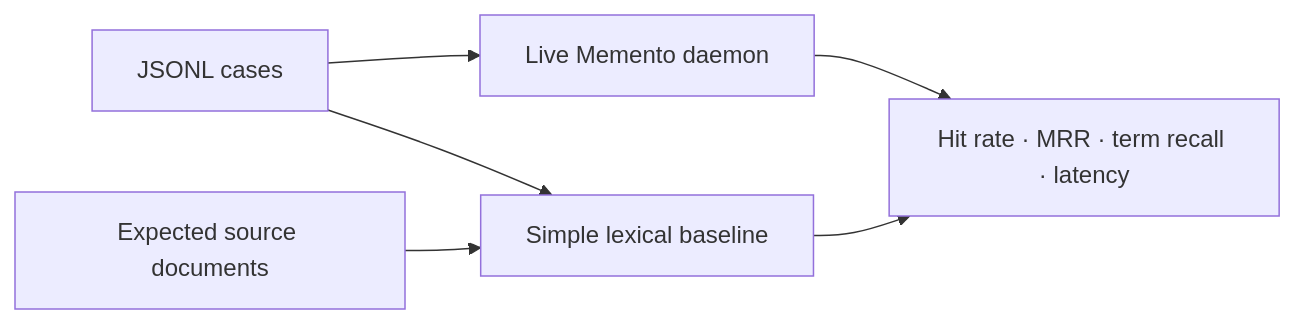
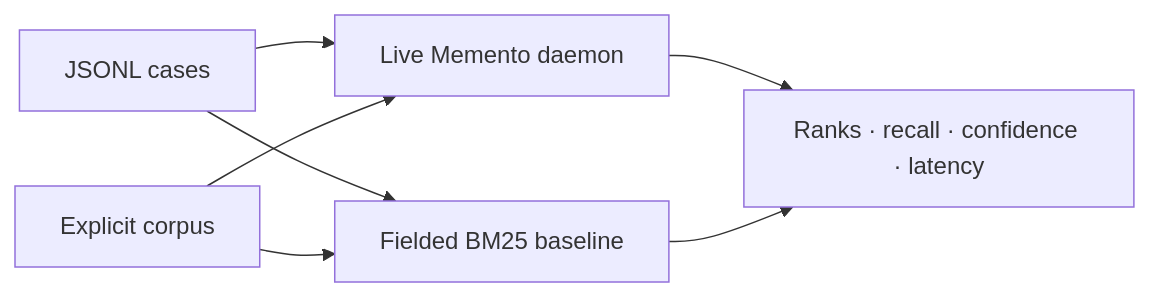
Before and after one commit to ArvorCo/memento: the diagram in docs/BENCHMARKS.md, drawn with Mermaid. The commit also changed other lines of this file and 29 other files, not shown here.

````diff
--- a/docs/BENCHMARKS.md
+++ b/docs/BENCHMARKS.md
@@ -37,11 +46,12 @@
 ```mermaid
 flowchart LR
     accTitle: Benchmark comparison design
-    accDescr: The same JSONL cases and source documents feed a live Memento daemon and a deterministic simple lexical baseline. Their source ranks, term coverage, and elapsed query times are aggregated into one report with per-case details.
+    accDescr: The same explicit corpus and JSONL cases feed a live Memento daemon and a deterministic fielded BM25 baseline. Their source ranks, term coverage, confidence, stability, and repeated elapsed query times are aggregated into one fingerprinted report.
 
     cases["JSONL cases"] --> memento["Live Memento daemon"]
-    cases --> simple["Simple lexical baseline"]
-    docs["Expected source documents"] --> simple
-    memento --> report["Hit rate · MRR · term recall · latency"]
-    simple --> report
+    cases --> bm25f["Fielded BM25 baseline"]
+    corpus["Explicit corpus"] --> memento
+    corpus --> bm25f
+    memento --> report["Ranks · recall · confidence · latency"]
+    bm25f --> report
 ```
````
